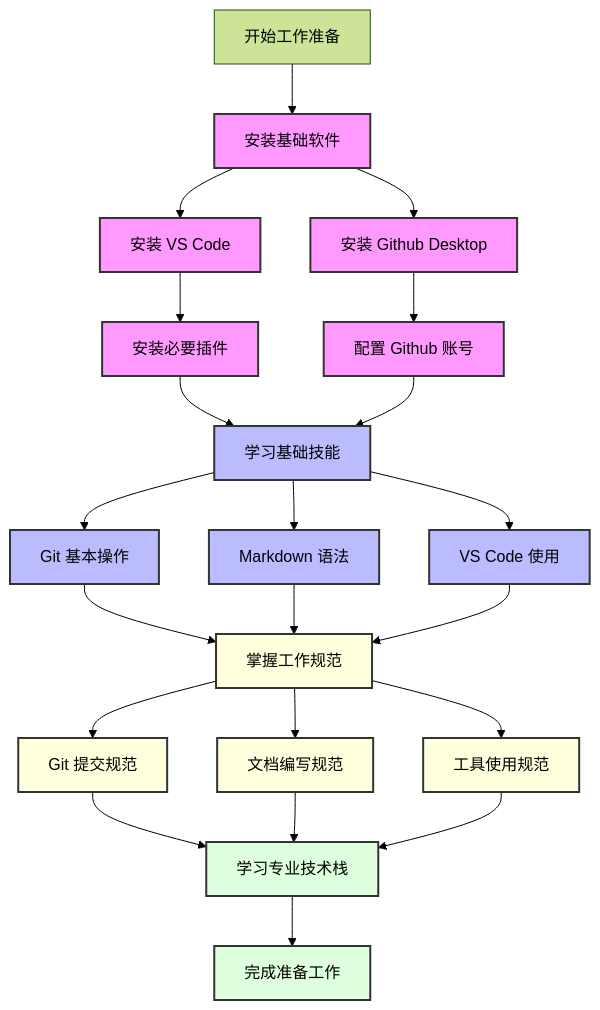
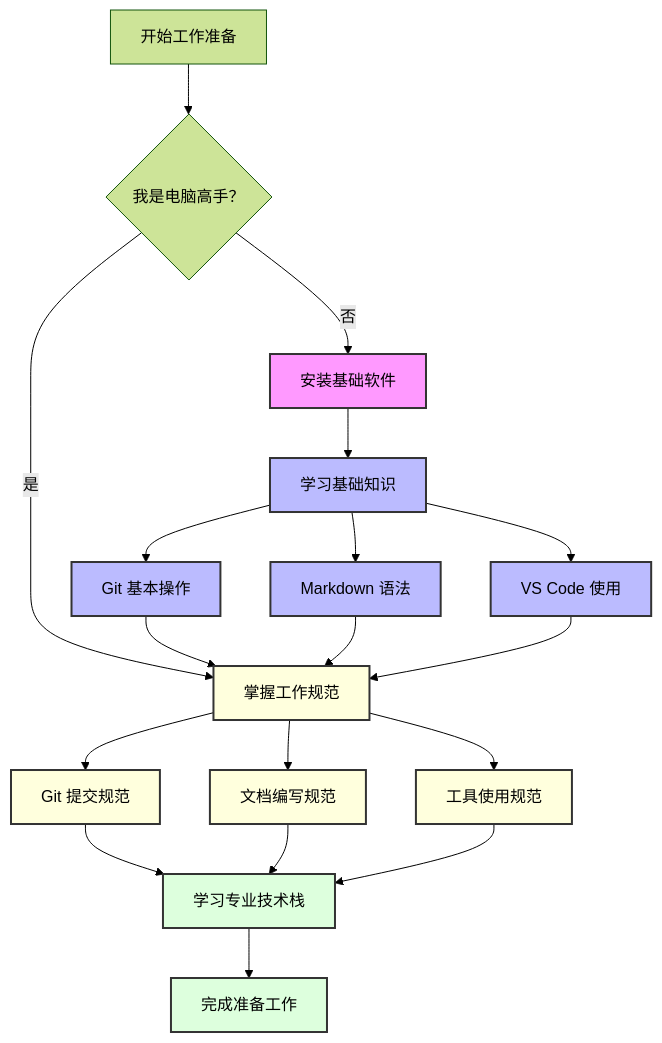
Before and after one commit to luccion/WhiteverseDesignWorkflow: the diagram in README.md, drawn with Mermaid (forest theme). The commit also changed other lines of this file and 3 other files, not shown here.

````diff
--- a/README.md
+++ b/README.md
@@ -38,44 +50,38 @@
 ```mermaid
 graph TD
-    Start[开始工作准备] --> A[安装基础软件]
+    Start[开始工作准备] --> IF{我是电脑高手？}
+    IF --> |是| F
+    IF --> |否| A[安装基础软件]
 
-    A --> B1[安装 VS Code]
-    A --> B2[安装 Github Desktop]
-
-    B1 --> C1[安装必要插件]
-    B2 --> C2[配置 Github 账号]
-
-    C1 --> D[学习基础技能]
-    C2 --> D
-
+    A --> D[学习基础知识]
     D --> E1[Git 基本操作]
     D --> E2[Markdown 语法]
     D --> E3[VS Code 使用]
 
     E1 --> F[掌握工作规范]
     E2 --> F
     E3 --> F
 
     F --> G1[Git 提交规范]
     F --> G2[文档编写规范]
     F --> G3[工具使用规范]
 
     G1 --> H[学习专业技术栈]
     G2 --> H
     G3 --> H
 
     H --> I[完成准备工作]
 
     %% 样式定义
     classDef setup fill:#f9f,stroke:#333,stroke-width:2px;
     classDef learning fill:#bbf,stroke:#333,stroke-width:2px;
     classDef standard fill:#ffd,stroke:#333,stroke-width:2px;
     classDef professional fill:#dfd,stroke:#333,stroke-width:2px;
 
 
     %% 应用样式
     class A,B1,B2,C1,C2 setup;
     class D,E1,E2,E3 learning;
     class F,G1,G2,G3 standard;
     class H,I professional;
 ```
````
